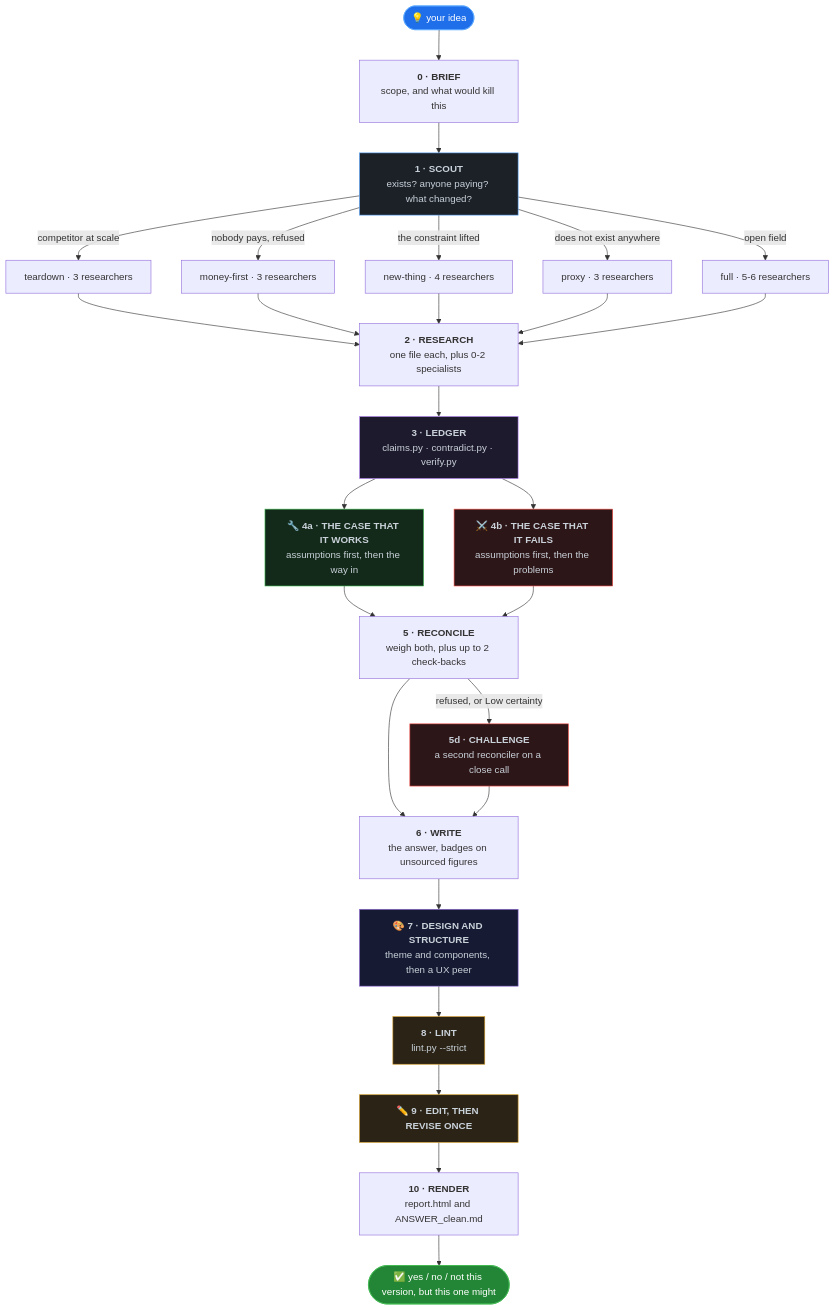
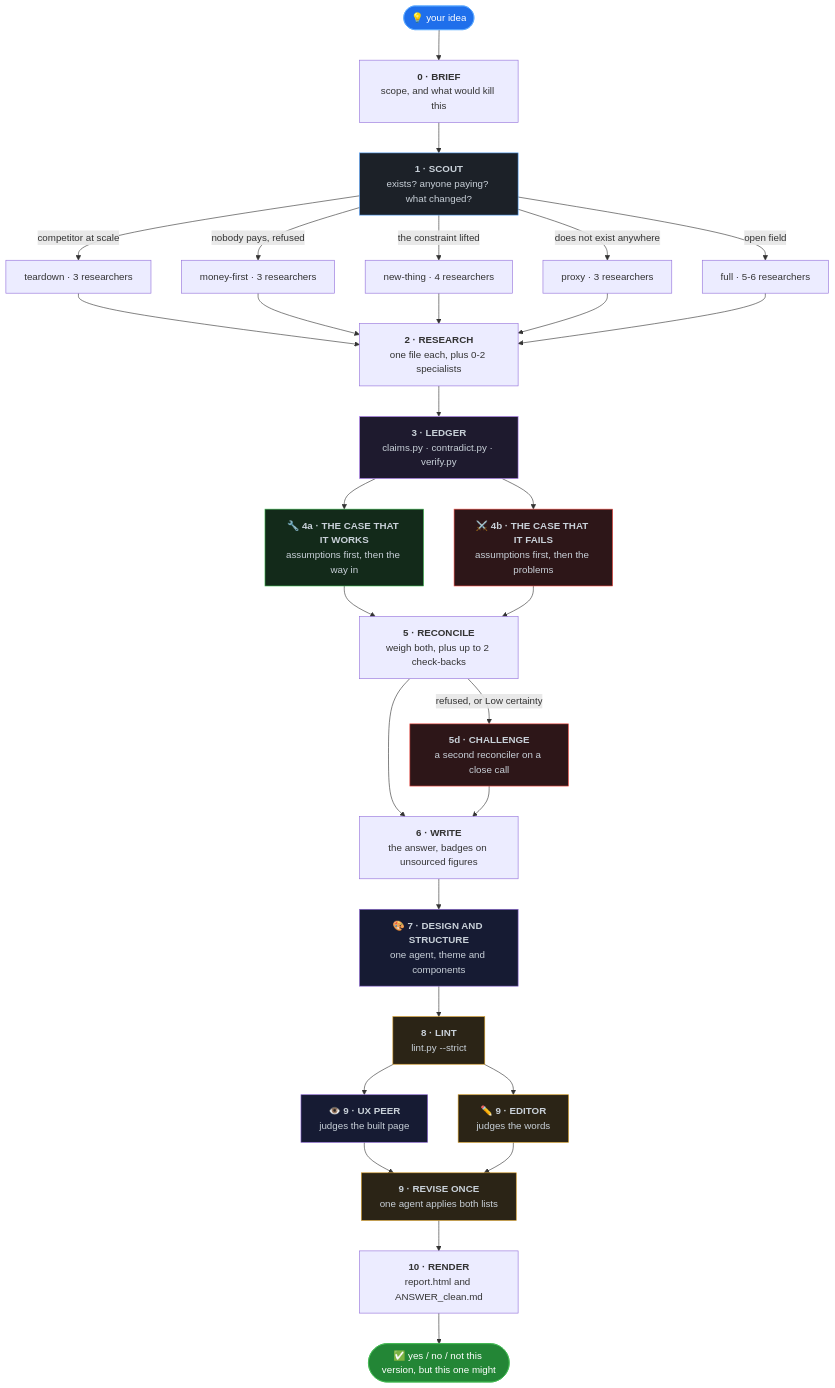
One commit to rishabhrawat35/idea-research changed the diagram in README.md. Above: the diagram before and after it, drawn with Mermaid. The commit also changed other lines of this file and 5 other files, not shown here.

Commit message:
6.1.0: a short ledger, a ladder ceiling, and two judges in one message

````diff
--- a/README.md
+++ b/README.md
@@ -91,39 +92,44 @@
 ```mermaid
 flowchart TD
     A([💡 your idea]) --> B["<b>0 · BRIEF</b><br/>scope, and what would kill this"]
     B --> C["<b>1 · SCOUT</b><br/>exists? anyone paying? what changed?"]
     C -->|competitor at scale| D1[teardown · 3 researchers]
     C -->|nobody pays, refused| D2[money-first · 3 researchers]
     C -->|the constraint lifted| D3[new-thing · 4 researchers]
     C -->|does not exist anywhere| D4[proxy · 3 researchers]
     C -->|open field| D5[full · 5-6 researchers]
     D1 --> E["<b>2 · RESEARCH</b><br/>one file each, plus 0-2 specialists"]
     D2 --> E
     D3 --> E
     D4 --> E
     D5 --> E
     E --> L["<b>3 · LEDGER</b><br/>claims.py · contradict.py · verify.py"]
     L --> F1["🔧 <b>4a · THE CASE THAT IT WORKS</b><br/>assumptions first, then the way in"]
     L --> F2["⚔️ <b>4b · THE CASE THAT IT FAILS</b><br/>assumptions first, then the problems"]
     F1 --> R["<b>5 · RECONCILE</b><br/>weigh both, plus up to 2 check-backs"]
     F2 --> R
     R -->|refused, or Low certainty| RC["<b>5d · CHALLENGE</b><br/>a second reconciler on a close call"]
     R --> W["<b>6 · WRITE</b><br/>the answer, badges on unsourced figures"]
     RC --> W
-    W --> DS["🎨 <b>7 · DESIGN AND STRUCTURE</b><br/>theme and components, then a UX peer"]
+    W --> DS["🎨 <b>7 · DESIGN AND STRUCTURE</b><br/>one agent, theme and components"]
     DS --> LT["<b>8 · LINT</b><br/>lint.py --strict"]
-    LT --> ED["✏️ <b>9 · EDIT, THEN REVISE ONCE</b>"]
-    ED --> RD["<b>10 · RENDER</b><br/>report.html and ANSWER_clean.md"]
+    LT --> J1["👁️ <b>9 · UX PEER</b><br/>judges the built page"]
+    LT --> J2["✏️ <b>9 · EDITOR</b><br/>judges the words"]
+    J1 --> RV["<b>9 · REVISE ONCE</b><br/>one agent applies both lists"]
+    J2 --> RV
+    RV --> RD["<b>10 · RENDER</b><br/>report.html and ANSWER_clean.md"]
     RD --> K([✅ yes / no / not this version, but this one might])
 
     style A fill:#1f6feb,stroke:#58a6ff,color:#fff
     style K fill:#238636,stroke:#3fb950,color:#fff
     style C fill:#1c2128,stroke:#58a6ff,color:#c9d1d9
     style L fill:#1e1a2e,stroke:#bc8cff,color:#c9d1d9
     style F1 fill:#132a1a,stroke:#3fb950,color:#c9d1d9
     style F2 fill:#2d1618,stroke:#f85149,color:#c9d1d9
     style RC fill:#2d1618,stroke:#f85149,color:#c9d1d9
     style DS fill:#161b33,stroke:#8a63d2,color:#c9d1d9
     style LT fill:#2b2416,stroke:#d29922,color:#c9d1d9
-    style ED fill:#2b2416,stroke:#d29922,color:#c9d1d9
+    style J1 fill:#161b33,stroke:#8a63d2,color:#c9d1d9
+    style J2 fill:#2b2416,stroke:#d29922,color:#c9d1d9
+    style RV fill:#2b2416,stroke:#d29922,color:#c9d1d9
 ```
````
